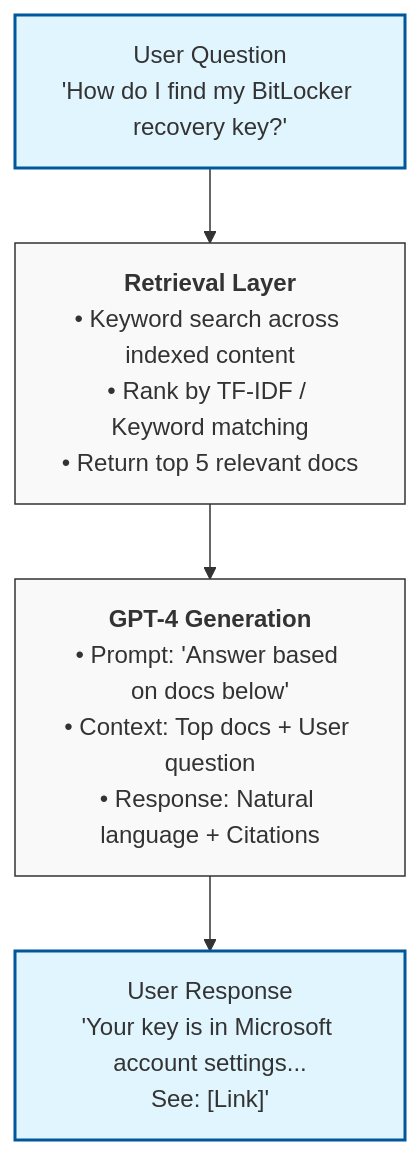
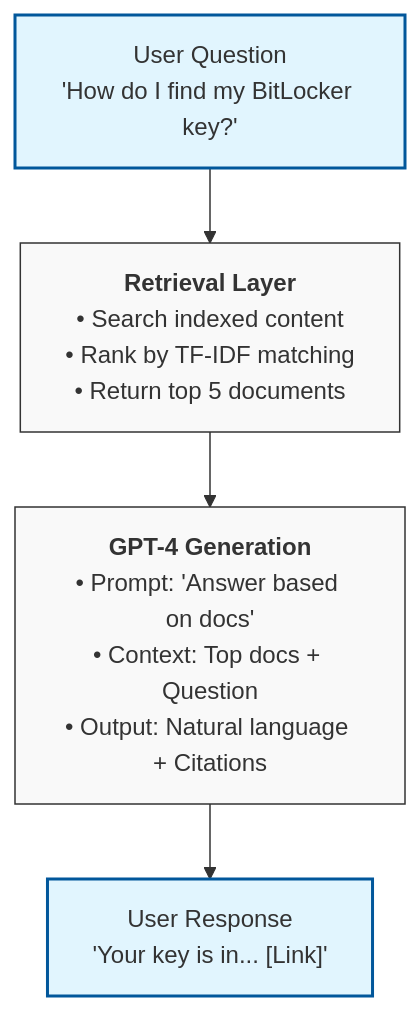
Before and after one commit to tommygarner/tommygarner.github.io: the diagram in _posts/2025-04-17-microsoft-chatbot.md, drawn with Mermaid.

Commit message:
Refine chatbot system design diagram details

````diff
--- a/_posts/2025-04-17-microsoft-chatbot.md
+++ b/_posts/2025-04-17-microsoft-chatbot.md
@@ -169,23 +169,22 @@
 ```mermaid
 graph TD
-    %% Use 'direction' to ensure a cleaner vertical flow
+    %% Use direction Top-to-Bottom
     direction TB
     
-    %% Define Node Styles with more padding
+    %% Node Styles
     classDef default fill:#f9f9f9,stroke:#333,stroke-width:1px;
     classDef highlight fill:#e1f5fe,stroke:#01579b,stroke-width:2px;
 
-    %% Nodes
-    A["User Question<br/>'How do I find my BitLocker recovery key?'"]:::highlight
+    A["User Question<br/>'How do I find my BitLocker key?'"]:::highlight
     
-    B["<b>Retrieval Layer</b><br/>• Keyword search across indexed content<br/>• Rank by TF-IDF / Keyword matching<br/>• Return top 5 relevant docs"]
+    B["<b>Retrieval Layer</b><br/>• Search indexed content<br/>• Rank by TF-IDF matching<br/>• Return top 5 documents"]
     
-    C["<b>GPT-4 Generation</b><br/>• Prompt: 'Answer based on docs below'<br/>• Context: Top docs + User question<br/>• Response: Natural language + Citations"]
+    C["<b>GPT-4 Generation</b><br/>• Prompt: 'Answer based on docs'<br/>• Context: Top docs + Question<br/>• Output: Natural language + Citations"]
     
-    D["User Response<br/>'Your key is in Microsoft account settings...<br/>See: [Link]'"]:::highlight
+    D["User Response<br/>'Your key is in... [Link]'"]:::highlight
 
     %% Connections
     A --> B
     B --> C
     C --> D
 ```
````
